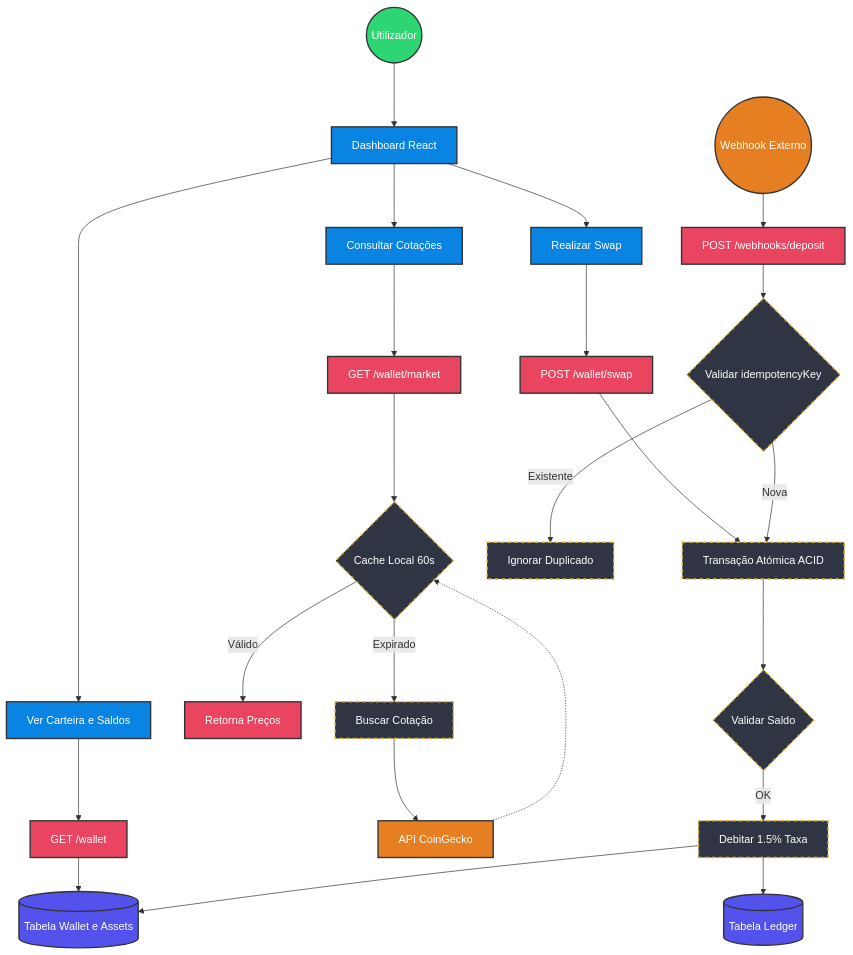
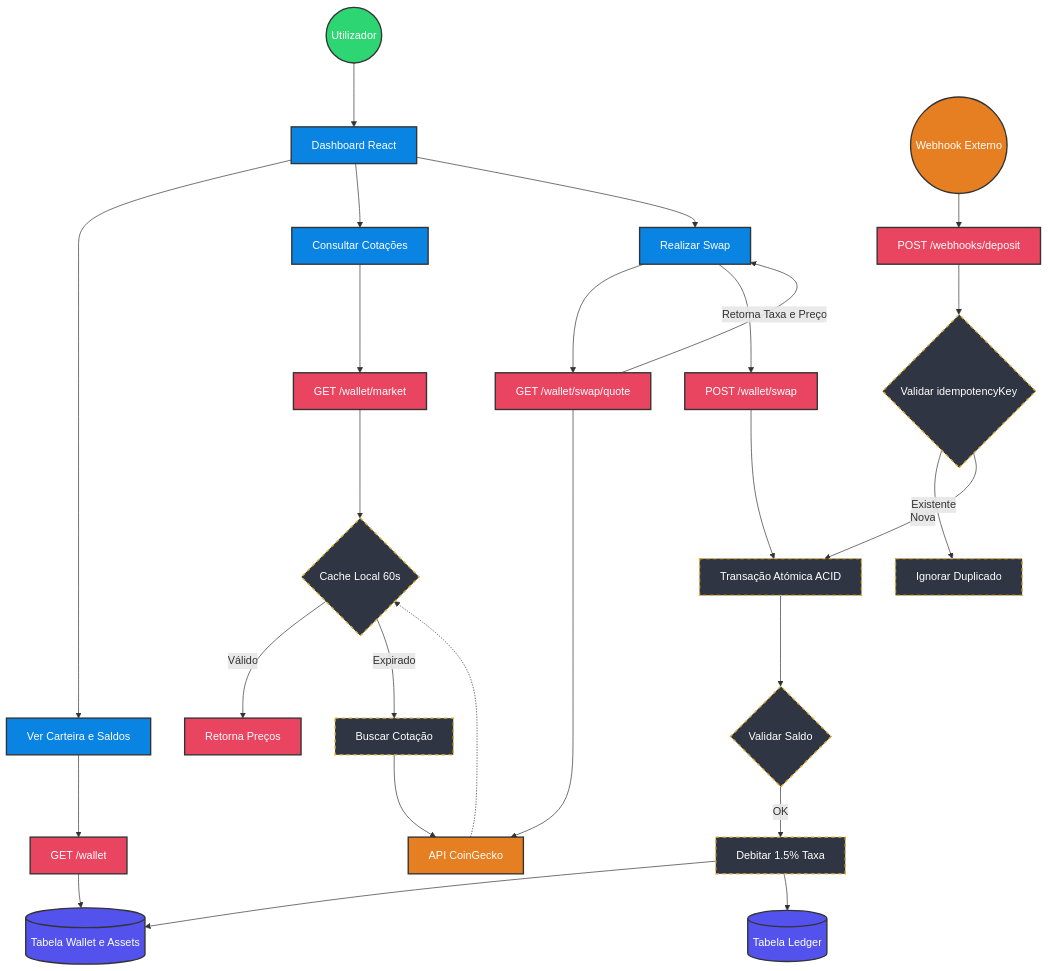
The diagram in README.md (iredpotion/CryptoWallet-app), drawn with Mermaid before and after one commit. The commit also changed other lines of this file and 5 other files, not shown here.

````diff
--- a/README.md
+++ b/README.md
@@ -33,41 +33,44 @@
 ```mermaid
 graph TD
     classDef user fill:#2ed573,color:#fff,stroke:#333,stroke-width:2px;
     classDef front fill:#0984e3,color:#fff,stroke:#333,stroke-width:2px;
     classDef api fill:#e94560,color:#fff,stroke:#333,stroke-width:2px;
     classDef db fill:#5352ed,color:#fff,stroke:#333,stroke-width:2px;
     classDef ext fill:#e67e22,color:#fff,stroke:#333,stroke-width:2px;
     classDef sys fill:#2f3542,color:#fff,stroke:#e1b12c,stroke-width:2px,stroke-dasharray:5,5;
 
     %% Atores e Interfaces
     User((Utilizador)):::user --> Dash[Dashboard React]:::front
     Dash --> ViewWallet[Ver Carteira e Saldos]:::front
     Dash --> ViewMarket[Consultar Cotações]:::front
     Dash --> ActionSwap[Realizar Swap]:::front
 
     %% Consulta de Saldo
     ViewWallet --> APIWallet[GET /wallet]:::api
     APIWallet --> DBWallet[(Tabela Wallet e Assets)]:::db
 
     %% Cotações e Cache
     ViewMarket --> APIMarket[GET /wallet/market]:::api
     APIMarket --> Cache{Cache Local 60s}:::sys
     Cache -- Válido --> ReturnMarket[Retorna Preços]:::api
     Cache -- Expirado --> FetchCoinGecko[Buscar Cotação]:::sys
     FetchCoinGecko --> APICoinGecko[API CoinGecko]:::ext
     APICoinGecko -.-> Cache
 
-    %% Execução de Swap
-    ActionSwap --> APISwap[POST /wallet/swap]:::api
-    APISwap --> ACID[Transação Atómica ACID]:::sys
-    ACID --> ValidaSaldo{Validar Saldo}:::sys
-    ValidaSaldo -- OK --> CobrarTaxa[Debitar 1.5% Taxa]:::sys
-    CobrarTaxa --> DBWallet
-    CobrarTaxa --> DBLedger[(Tabela Ledger)]:::db
+    %% Execução de Swap & Cotação
+    ActionSwap --> APIQuote[GET /wallet/swap/quote]:::api
+    APIQuote --> APICoinGecko
+    APIQuote -- Retorna Taxa e Preço --> ActionSwap
+    ActionSwap --> APISwap[POST /wallet/swap]:::api
+    APISwap --> ACID[Transação Atómica ACID]:::sys
+    ACID --> ValidaSaldo{Validar Saldo}:::sys
+    ValidaSaldo -- OK --> CobrarTaxa[Debitar 1.5% Taxa]:::sys
+    CobrarTaxa --> DBWallet
+    CobrarTaxa --> DBLedger[(Tabela Ledger)]:::db
 
     %% Webhook de Depósito
     Webhook((Webhook Externo)):::ext --> APIDeposit[POST /webhooks/deposit]:::api
     APIDeposit --> CheckIdemp{Validar idempotencyKey}:::sys
     CheckIdemp -- Existente --> Ignore[Ignorar Duplicado]:::sys
     CheckIdemp -- Nova --> ACID
 ```
````
